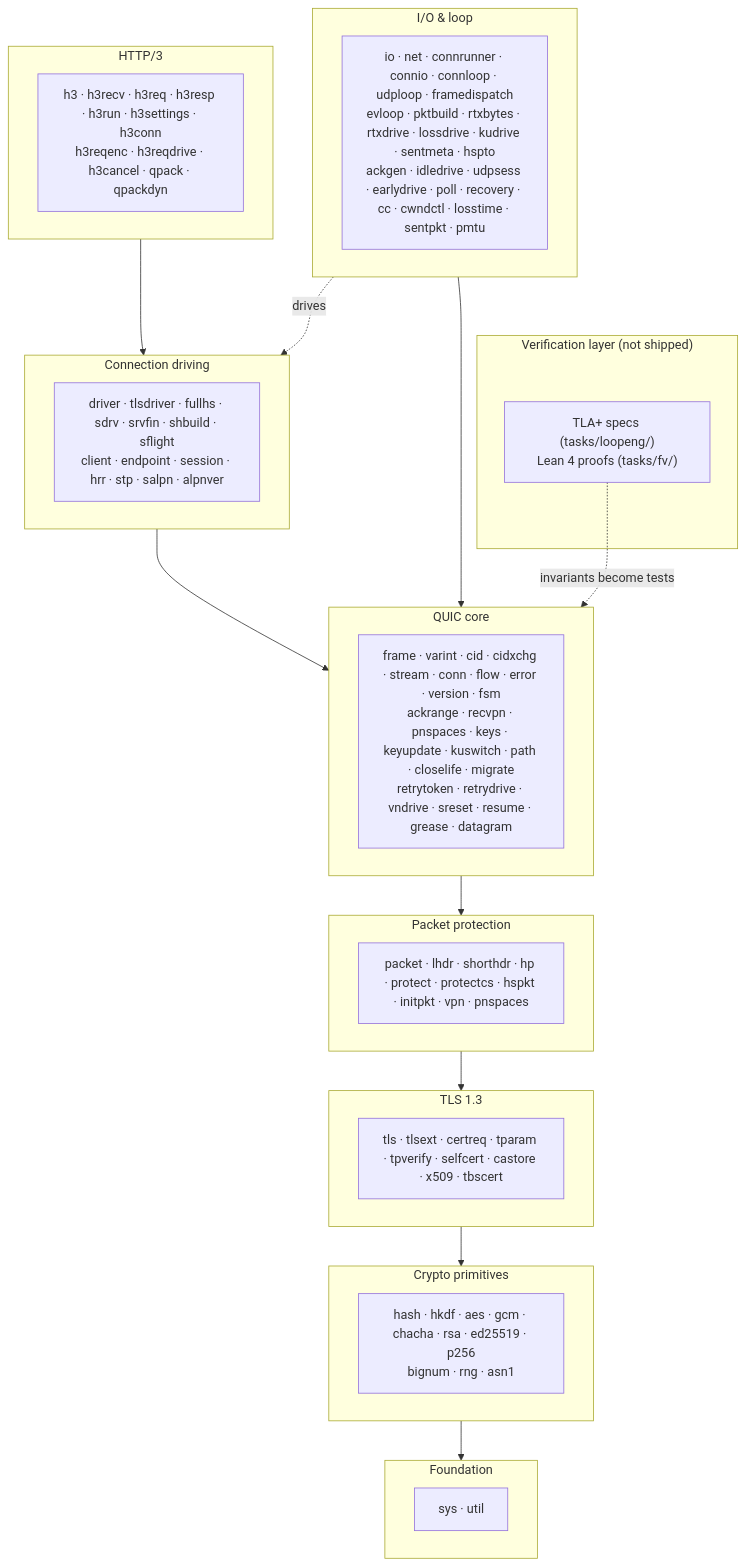
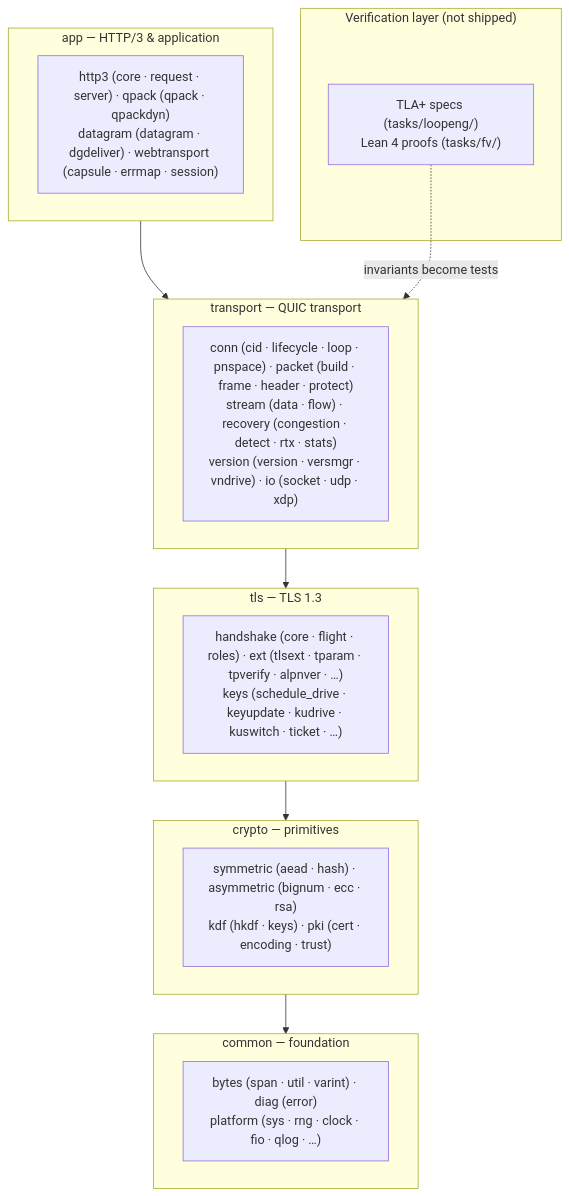
Before and after one commit to Hakkadaikon/wired: the first of 4 diagrams in docs/development.md, drawn with Mermaid. The commit also changed other lines of this file, not shown here.

Commit message:
docs: refresh development.md's architecture map to the current tree
The Mermaid domain diagram predated the src/ reorganization into the
five top-level groups (app/tls/transport/crypto/common) and listed
directories that no longer exist. Redraws it from the real tree, drops
the hardcoded domain/test counts that go stale, documents the
app-facing wired_ prefix exception next to the quic_<domain>_ rule, and
fixes the stream-domain grep example's path.

````diff
--- a/docs/development.md
+++ b/docs/development.md
@@ -31,37 +32,25 @@
 ```mermaid
 flowchart TB
-    subgraph H3["HTTP/3"]
-        h3["h3 · h3recv · h3req · h3resp · h3run · h3settings · h3conn<br/>h3reqenc · h3reqdrive · h3cancel · qpack · qpackdyn"]
+    subgraph APP["app — HTTP/3 & application"]
+        app["http3 (core · request · server) · qpack (qpack · qpackdyn)<br/>datagram (datagram · dgdeliver) · webtransport (capsule · errmap · session)"]
     end
-    subgraph DRV["Connection driving"]
-        drv["driver · tlsdriver · fullhs · sdrv · srvfin · shbuild · sflight<br/>client · endpoint · session · hrr · stp · salpn · alpnver"]
+    subgraph TRANSPORT["transport — QUIC transport"]
+        transport["conn (cid · lifecycle · loop · pnspace) · packet (build · frame · header · protect)<br/>stream (data · flow) · recovery (congestion · detect · rtx · stats)<br/>version (version · versmgr · vndrive) · io (socket · udp · xdp)"]
     end
-    subgraph CORE["QUIC core"]
-        core["frame · varint · cid · cidxchg · stream · conn · flow · error · version · fsm<br/>ackrange · recvpn · pnspaces · keys · keyupdate · kuswitch · path · closelife · migrate<br/>retrytoken · retrydrive · vndrive · sreset · resume · grease · datagram"]
+    subgraph TLS["tls — TLS 1.3"]
+        tls["handshake (core · flight · roles) · ext (tlsext · tparam · tpverify · alpnver · …)<br/>keys (schedule_drive · keyupdate · kudrive · kuswitch · ticket · …)"]
     end
-    subgraph PKT["Packet protection"]
-        pkt["packet · lhdr · shorthdr · hp · protect · protectcs · hspkt · initpkt · vpn · pnspaces"]
+    subgraph CRYPTO["crypto — primitives"]
+        crypto["symmetric (aead · hash) · asymmetric (bignum · ecc · rsa)<br/>kdf (hkdf · keys) · pki (cert · encoding · trust)"]
     end
-    subgraph TLS["TLS 1.3"]
-        tls["tls · tlsext · certreq · tparam · tpverify · selfcert · castore · x509 · tbscert"]
-    end
-    subgraph CRYPTO["Crypto primitives"]
-        crypto["hash · hkdf · aes · gcm · chacha · rsa · ed25519 · p256<br/>bignum · rng · asn1"]
-    end
-    subgraph BASE["Foundation"]
-        base["sys · util"]
+    subgraph COMMON["common — foundation"]
+        common["bytes (span · util · varint) · diag (error)<br/>platform (sys · rng · clock · fio · qlog · …)"]
     end
 
-    H3 --> DRV --> CORE --> PKT --> TLS --> CRYPTO --> BASE
-
-    subgraph IO["I/O & loop"]
-        io["io · net · connrunner · connio · connloop · udploop · framedispatch<br/>evloop · pktbuild · rtxbytes · rtxdrive · lossdrive · kudrive · sentmeta · hspto<br/>ackgen · idledrive · udpsess · earlydrive · poll · recovery · cc · cwndctl · losstime · sentpkt · pmtu"]
-    end
-    IO --> CORE
-    IO -.drives.-> DRV
+    APP --> TRANSPORT --> TLS --> CRYPTO --> COMMON
 
     subgraph VERIFY["Verification layer (not shipped)"]
         verify["TLA+ specs (tasks/loopeng/)<br/>Lean 4 proofs (tasks/fv/)"]
     end
-    verify -. invariants become tests .-> CORE
+    verify -. invariants become tests .-> TRANSPORT
 ```
````
